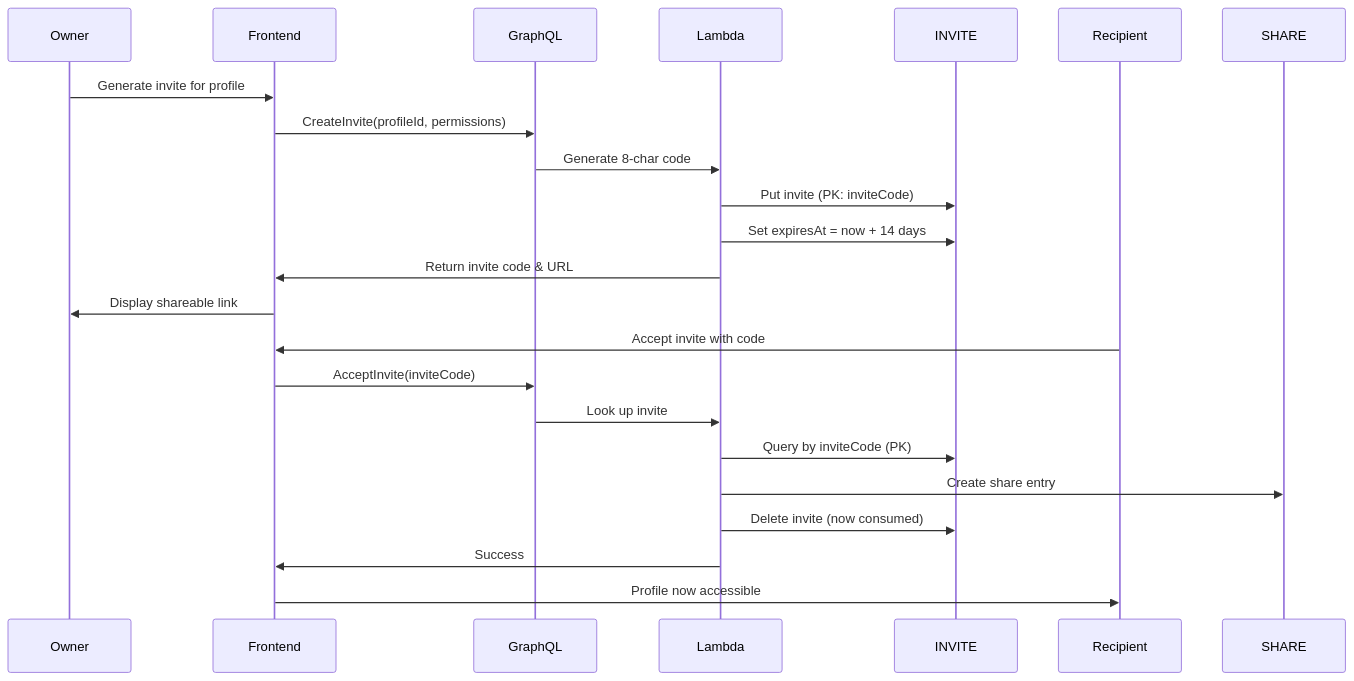
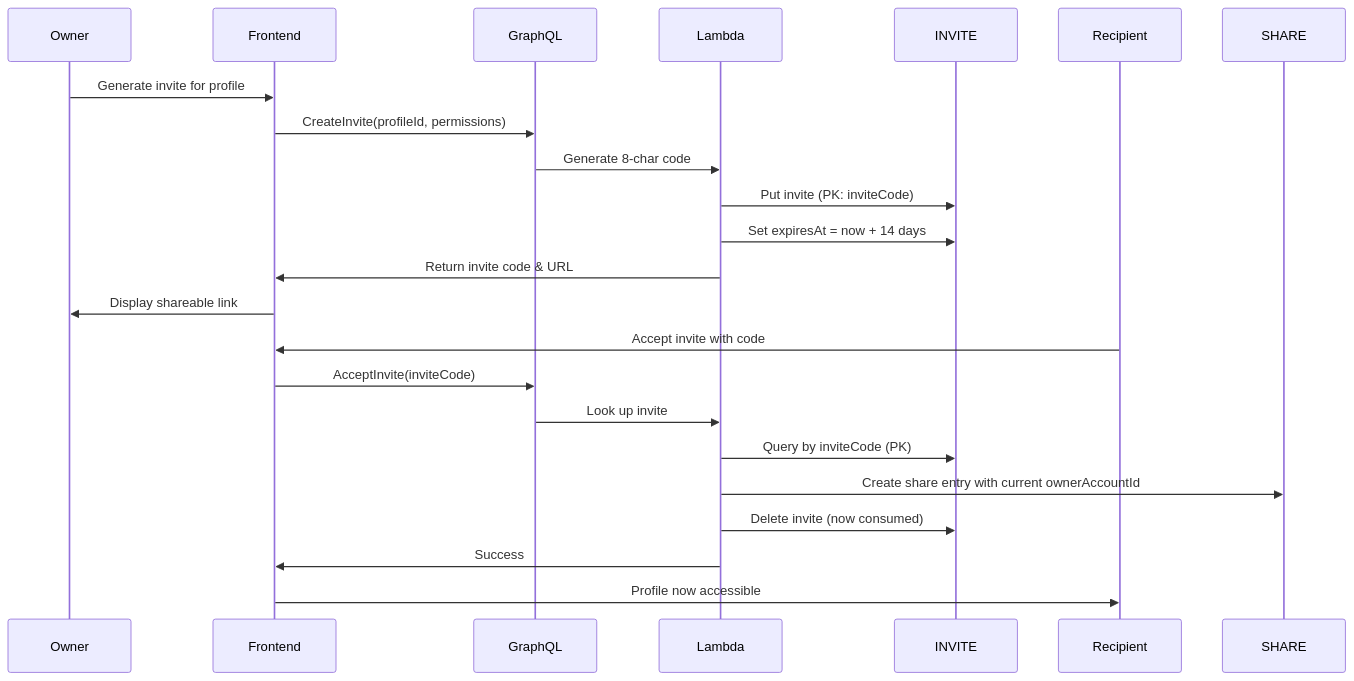
The seventh of 13 diagrams in docs/SCHEMA.md (dmeiser/kernelworx), drawn with Mermaid before and after one commit. The commit also changed other lines of this file and 5 other files, not shown here.

````diff
--- a/docs/SCHEMA.md
+++ b/docs/SCHEMA.md
@@ -233,19 +236,19 @@
 ```mermaid
 sequenceDiagram
     Owner->>Frontend: Generate invite for profile
     Frontend->>GraphQL: CreateInvite(profileId, permissions)
     GraphQL->>Lambda: Generate 8-char code
     Lambda->>INVITE: Put invite (PK: inviteCode)
     Lambda->>INVITE: Set expiresAt = now + 14 days
     Lambda->>Frontend: Return invite code & URL
     Frontend->>Owner: Display shareable link
     
     Recipient->>Frontend: Accept invite with code
     Frontend->>GraphQL: AcceptInvite(inviteCode)
     GraphQL->>Lambda: Look up invite
     Lambda->>INVITE: Query by inviteCode (PK)
-    Lambda->>SHARE: Create share entry
+    Lambda->>SHARE: Create share entry with current ownerAccountId
     Lambda->>INVITE: Delete invite (now consumed)
     Lambda->>Frontend: Success
     Frontend->>Recipient: Profile now accessible
 ```
````
